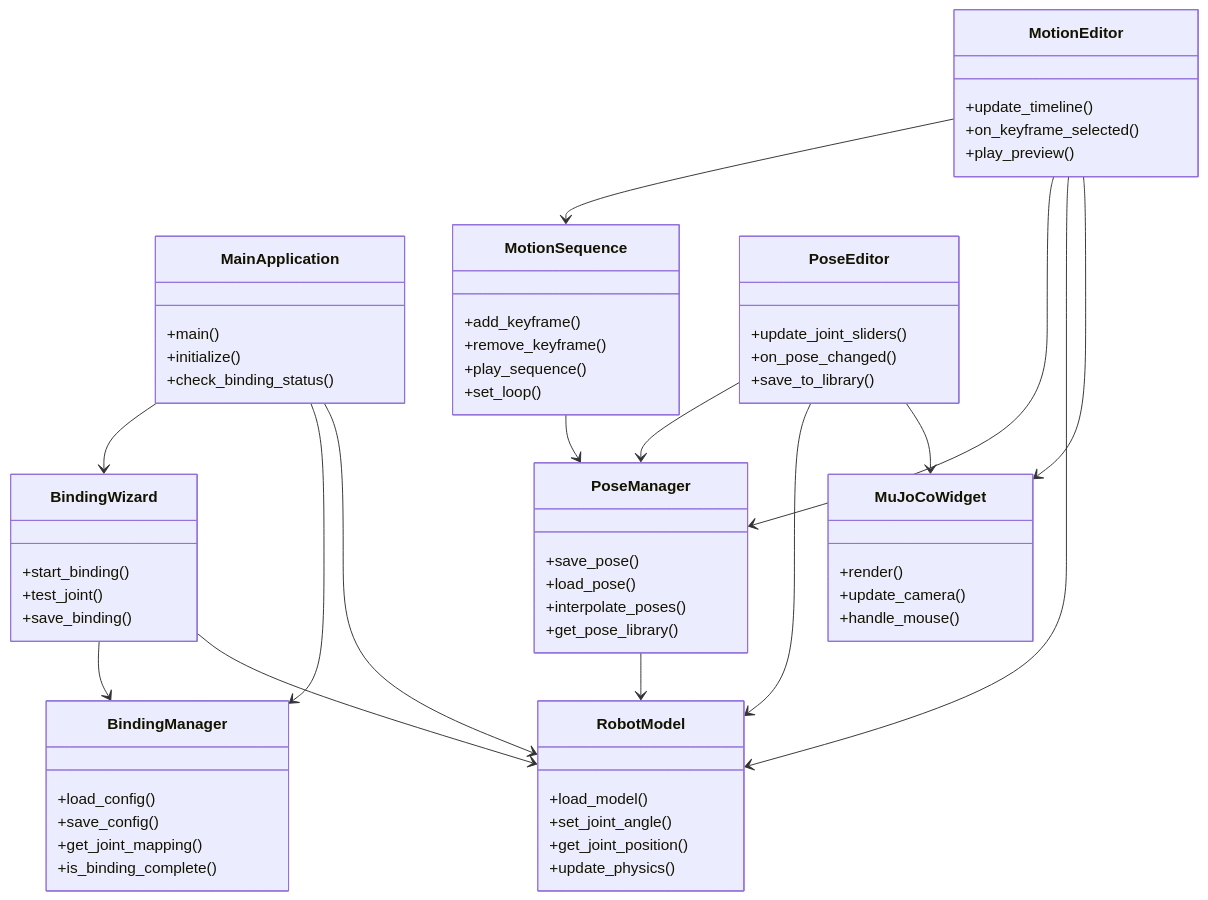
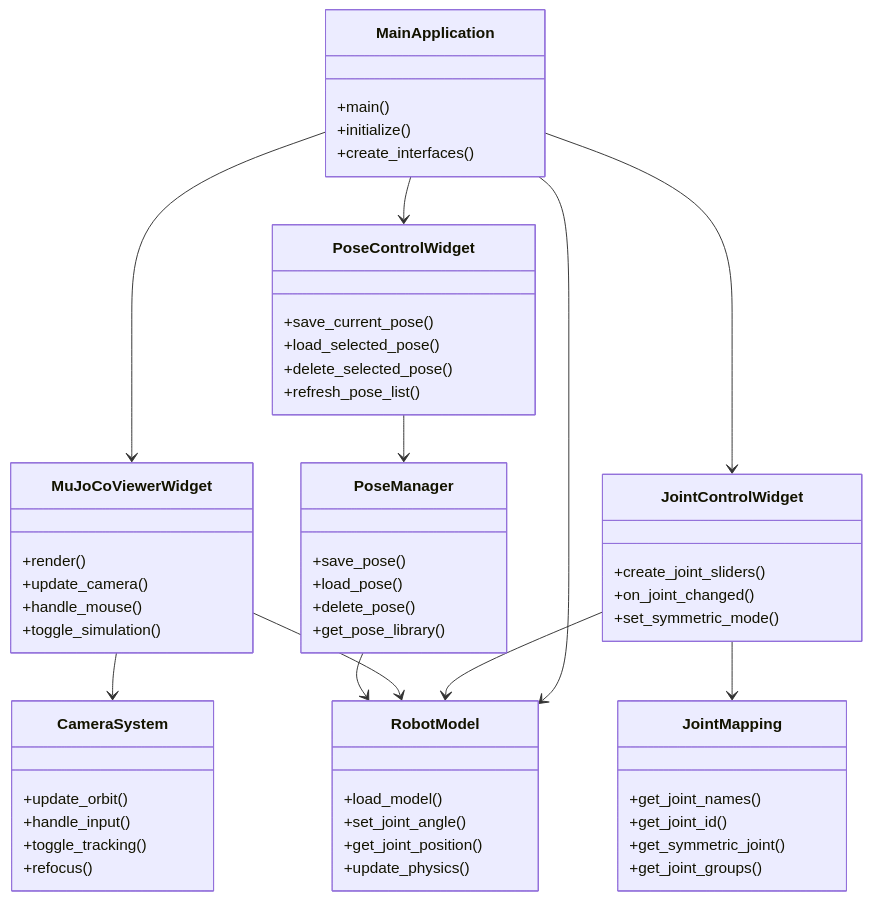
Before and after one commit to TeamMaoLab/F3DMaojoco: the eighth of 8 diagrams in ODogExample/docs/README.md, drawn with Mermaid. The commit also changed other lines of this file, not shown here.

````diff
--- a/ODogExample/docs/README.md
+++ b/ODogExample/docs/README.md
@@ -940,80 +894,69 @@
 ```mermaid
 classDiagram
     class MainApplication {
         +main()
         +initialize()
-        +check_binding_status()
-    }
-    
-    class BindingWizard {
-        +start_binding()
-        +test_joint()
-        +save_binding()
-    }
-    
-    class BindingManager {
-        +load_config()
-        +save_config()
-        +get_joint_mapping()
-        +is_binding_complete()
+        +create_interfaces()
     }
     
     class RobotModel {
         +load_model()
         +set_joint_angle()
         +get_joint_position()
         +update_physics()
     }
     
+    class JointMapping {
+        +get_joint_names()
+        +get_joint_id()
+        +get_symmetric_joint()
+        +get_joint_groups()
+    }
+    
     class PoseManager {
         +save_pose()
         +load_pose()
-        +interpolate_poses()
+        +delete_pose()
         +get_pose_library()
     }
     
-    class MotionSequence {
-        +add_keyframe()
-        +remove_keyframe()
-        +play_sequence()
-        +set_loop()
-    }
-    
-    class MuJoCoWidget {
+    class MuJoCoViewerWidget {
         +render()
         +update_camera()
         +handle_mouse()
+        +toggle_simulation()
     }
     
-    class PoseEditor {
-        +update_joint_sliders()
-        +on_pose_changed()
-        +save_to_library()
+    class JointControlWidget {
+        +create_joint_sliders()
+        +on_joint_changed()
+        +set_symmetric_mode()
     }
     
-    class MotionEditor {
-        +update_timeline()
-        +on_keyframe_selected()
-        +play_preview()
+    class PoseControlWidget {
+        +save_current_pose()
+        +load_selected_pose()
+        +delete_selected_pose()
+        +refresh_pose_list()
     }
     
-    MainApplication --> BindingWizard
-    MainApplication --> BindingManager
+    class CameraSystem {
+        +update_orbit()
+        +handle_input()
+        +toggle_tracking()
+        +refocus()
+    }
+    
     MainApplication --> RobotModel
+    MainApplication --> MuJoCoViewerWidget
+    MainApplication --> JointControlWidget
+    MainApplication --> PoseControlWidget
     
-    BindingWizard --> BindingManager
-    BindingWizard --> RobotModel
-    
-    PoseEditor --> PoseManager
-    PoseEditor --> RobotModel
-    
-    MotionEditor --> MotionSequence
-    MotionEditor --> PoseManager
-    MotionEditor --> RobotModel
+    JointControlWidget --> JointMapping
+    JointControlWidget --> RobotModel
+    PoseControlWidget --> PoseManager
+    MuJoCoViewerWidget --> CameraSystem
+    MuJoCoViewerWidget --> RobotModel
     
     PoseManager --> RobotModel
-    MotionSequence --> PoseManager
-    
-    PoseEditor --> MuJoCoWidget
-    MotionEditor --> MuJoCoWidget
 ```
````
